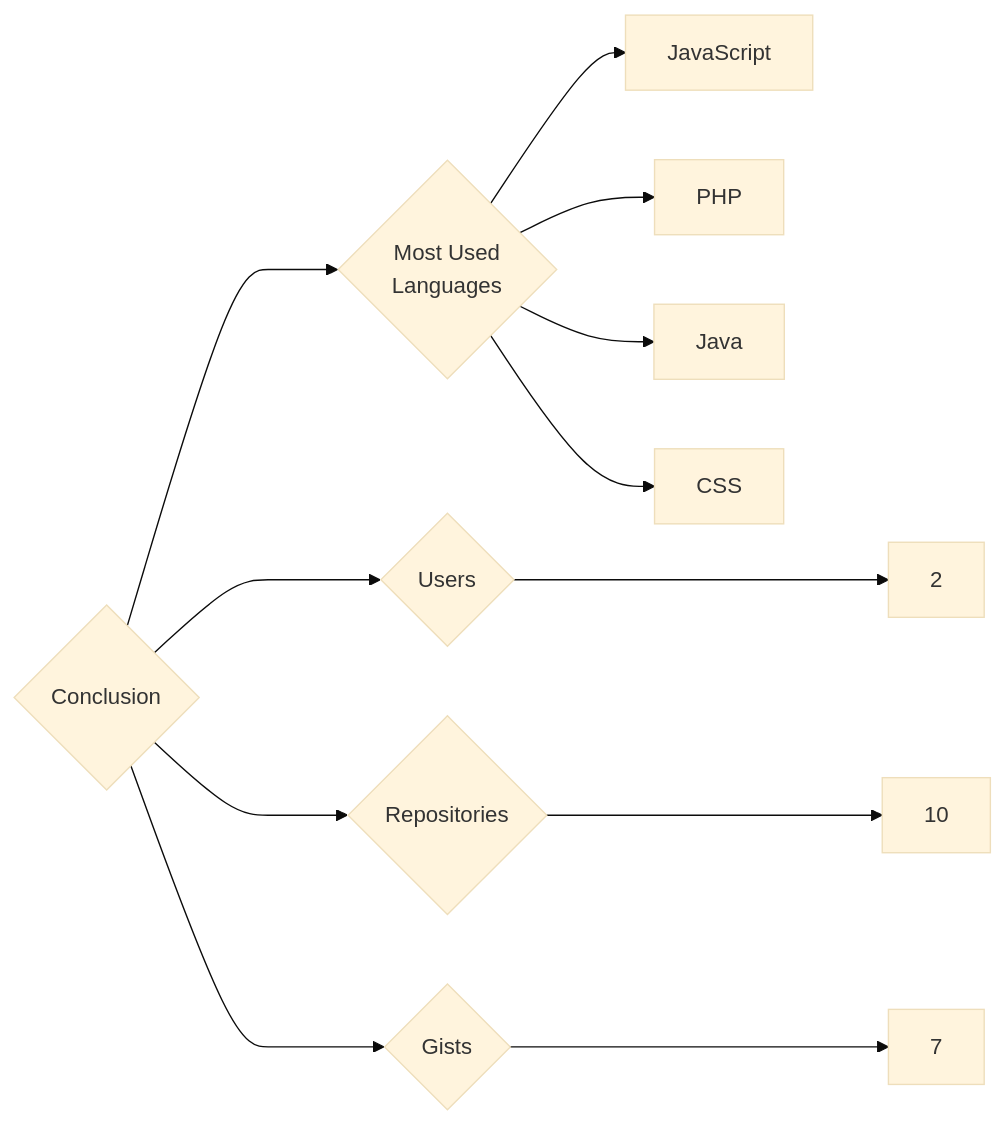
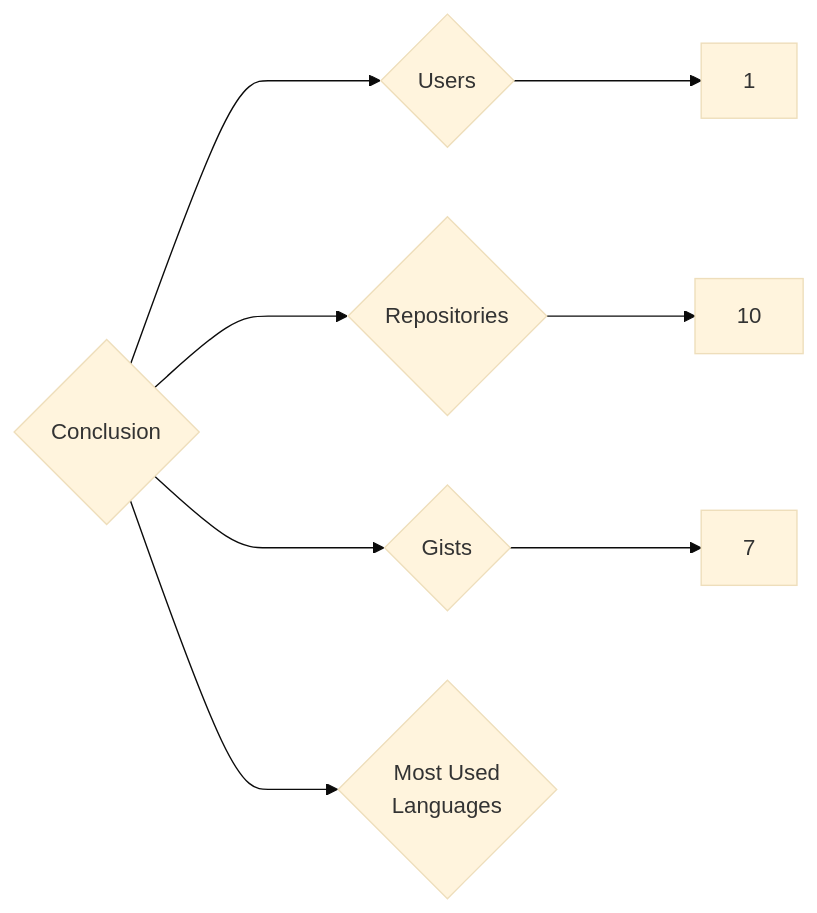
One commit to trickest/insiders changed the diagram in targets/Conclusion/README.md. Above: the diagram before and after it, drawn with Mermaid (base theme). The commit also changed 777 other files, not shown here.

````diff
--- a/targets/Conclusion/README.md
+++ b/targets/Conclusion/README.md
@@ -3,12 +3,8 @@
 ```mermaid
 graph LR
 COMPANY_NAME{Conclusion}
-COMPANY_NAME ---> U{Users} ---> UN[2]
+COMPANY_NAME ---> U{Users} ---> UN[1]
 COMPANY_NAME ---> R{Repositories} ---> RN[10]
 COMPANY_NAME ---> G{Gists} ---> GN[7]
 COMPANY_NAME ---> ML{Most Used<br>Languages}
-ML --> JavaScript[JavaScript]
-ML --> PHP[PHP]
-ML --> Java[Java]
-ML --> CSS[CSS]
 ```
````
